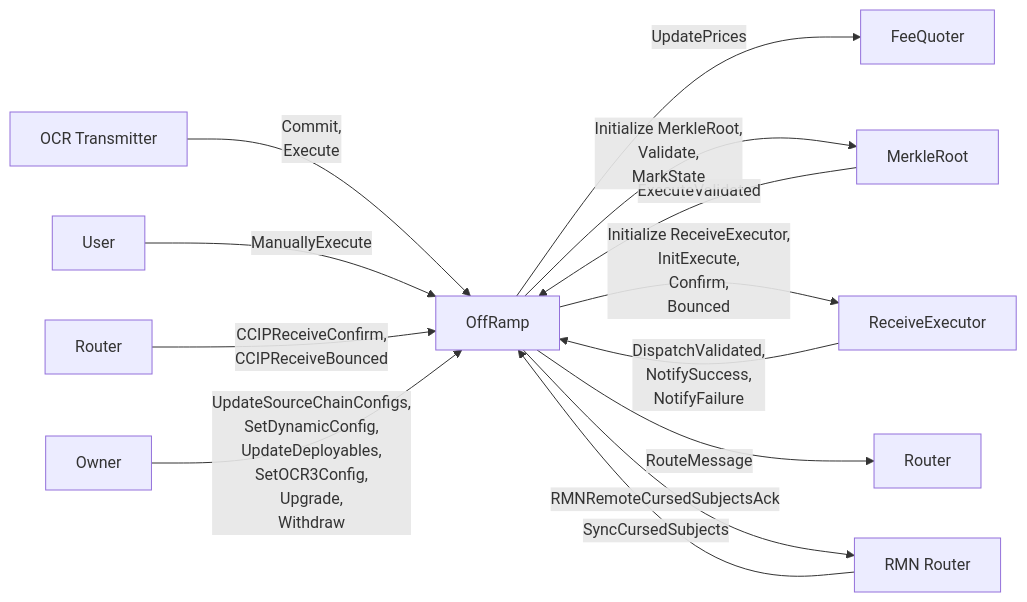
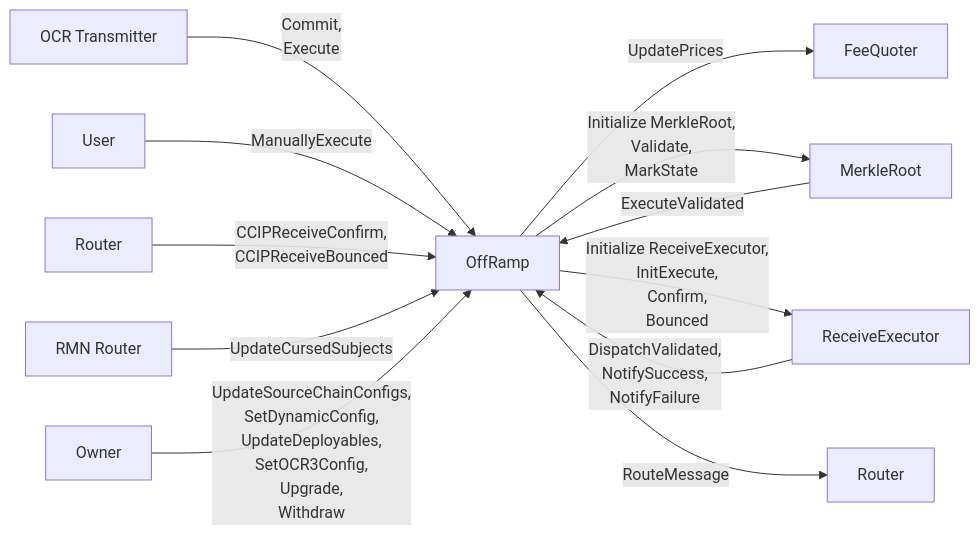
One commit to smartcontractkit/chainlink-ton changed the diagram in docs/contracts/overview/ccip/offramp/index.md. Above: the diagram before and after it, drawn with Mermaid. The commit also changed 25 other files, not shown here.

Commit message:
remove ack tracking, leave original message with added minValue checks and sync message to recover if something goes wrong or a ramp is added

````diff
--- a/docs/contracts/overview/ccip/offramp/index.md
+++ b/docs/contracts/overview/ccip/offramp/index.md
@@ -14,27 +14,26 @@
 ```mermaid
 graph LR
 	OFR["OffRamp"]
     OCR["OCR Transmitter"]
 	MR["MerkleRoot"]
 	RE["ReceiveExecutor"]
 	R["Router"]
 	FQ["FeeQuoter"]
     USER["User"]
     OWNER["Owner"]
     RMN["RMN Router"]
     ROUTER["Router"]
 		
         OCR-->|Commit,<br/>Execute| OFR
 		USER -->|ManuallyExecute| OFR
 		MR -->|ExecuteValidated| OFR
 		RE -->|DispatchValidated,<br/>NotifySuccess,<br/>NotifyFailure| OFR
 		R -->|CCIPReceiveConfirm,<br/>CCIPReceiveBounced| OFR
-		RMN -->|SyncCursedSubjects| OFR
+		RMN -->|UpdateCursedSubjects| OFR
 		OWNER -->|UpdateSourceChainConfigs,<br/>SetDynamicConfig,<br/>UpdateDeployables,<br/>SetOCR3Config,<br/>Upgrade,<br/>Withdraw| OFR
 
 		OFR -->|UpdatePrices| FQ
 		OFR -->|Initialize MerkleRoot,<br/>Validate,<br/>MarkState| MR
 		OFR -->|Initialize ReceiveExecutor,<br/>InitExecute,<br/>Confirm,<br/>Bounced| RE
 		OFR -->|RouteMessage| ROUTER
-		OFR -->|RMNRemoteCursedSubjectsAck| RMN
 ```
````
